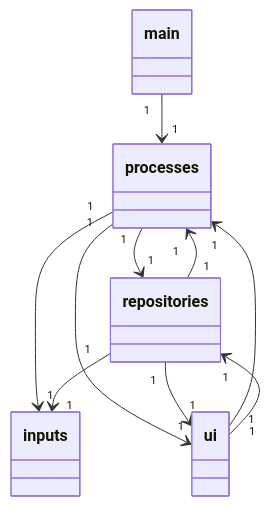
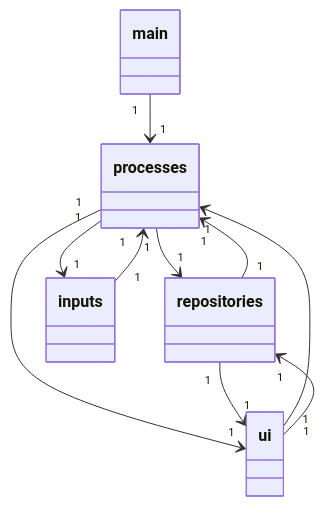
The first of 3 diagrams in dokumentaatio/arkkitehtuuri.MD (platipus82/ot-harjoitustyo), drawn with Mermaid before and after one commit.

````diff
--- a/dokumentaatio/arkkitehtuuri.MD
+++ b/dokumentaatio/arkkitehtuuri.MD
@@ -8,32 +8,32 @@
 ```mermaid
 classDiagram
     main "1" --> "1" processes 
     processes "1" --> "1" repositories 
     repositories "1" --> "1" processes 
     processes "1" --> "1" inputs 
-    repositories "1" --> "1" inputs 
+    inputs "1" --> "1" processes 
     ui "1" --> "1" processes 
     processes "1" --> "1" ui 
     ui "1" --> "1" repositories 
     repositories "1" --> "1" ui 
 
     class processes{
     
     }
     
     class repositories{ 
     
     }
     
     class inputs{ 
     
     }
     
     class ui{ 
     
     }
     
     class main{ 
     
     }
 ```
````
